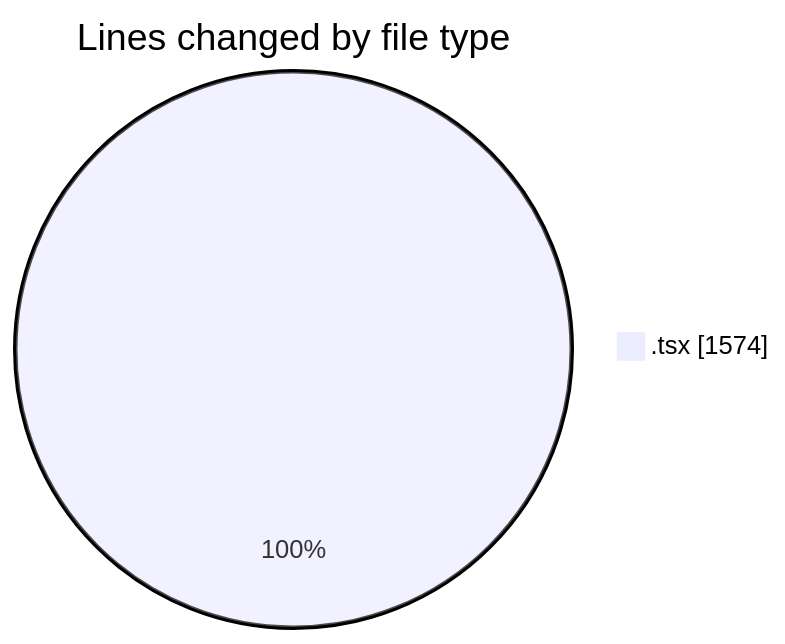
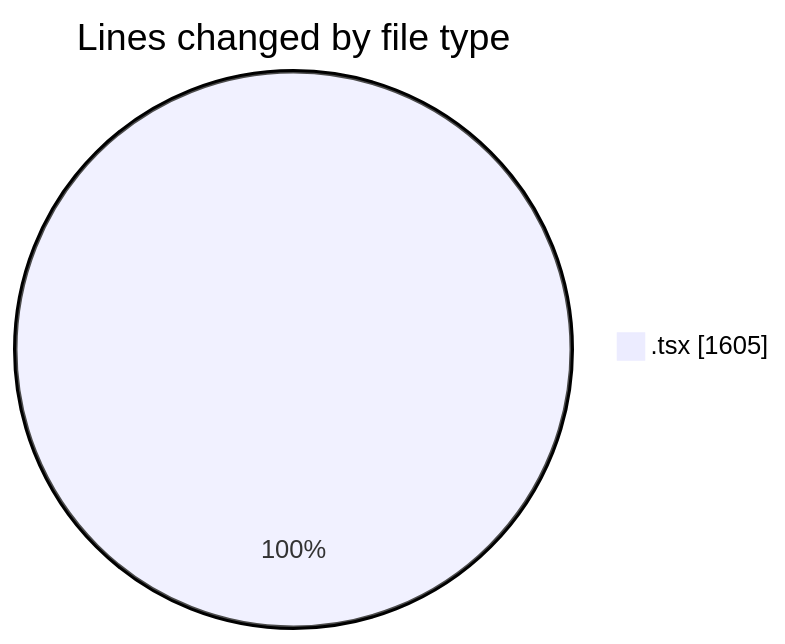
The first of 2 diagrams in 2025-09-24/cda/README.md (momahboobian/code-tracking), drawn with Mermaid before and after one commit. The commit also changed other lines of this file and 1 other file, not shown here.

````diff
--- a/2025-09-24/cda/README.md
+++ b/2025-09-24/cda/README.md
@@ -22,5 +22,5 @@
 ```mermaid
 pie showData
 title Lines changed by file type
-".tsx" : 1574
+".tsx" : 1605
 ```
````
